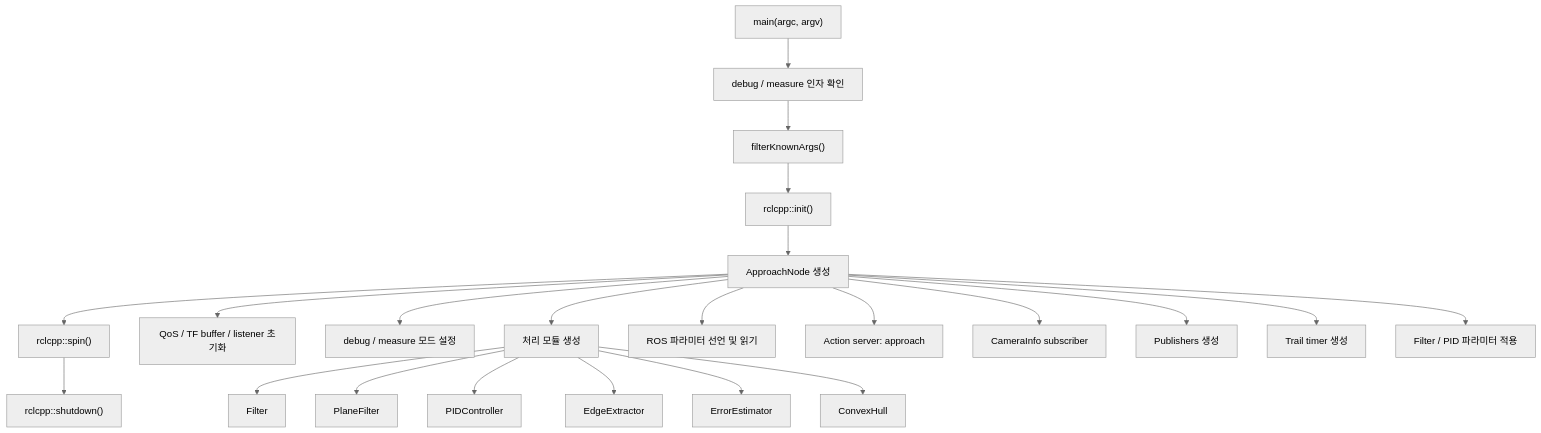
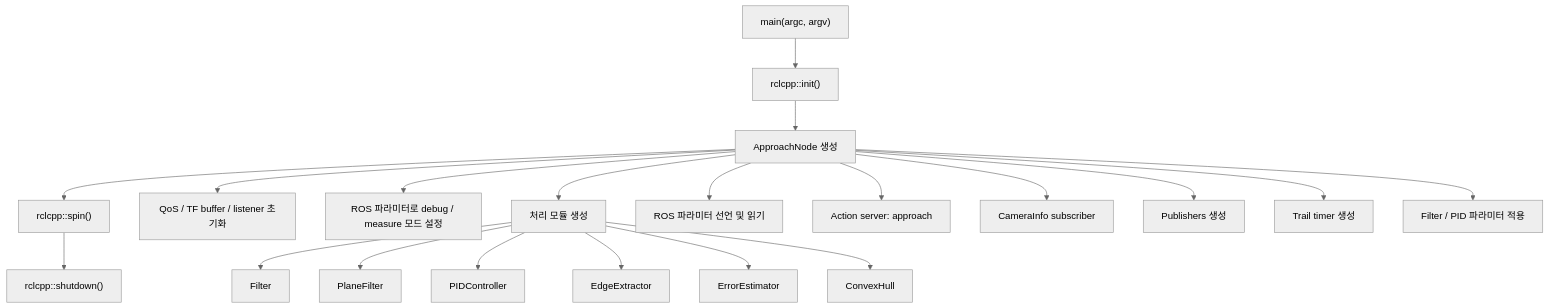
Before and after one commit to inha-united-athome/close_approach: the first of 5 diagrams in src/main_diagram.md, drawn with Mermaid (neutral theme). The commit also changed 4 other files, not shown here.

````diff
--- a/src/main_diagram.md
+++ b/src/main_diagram.md
@@ -5,26 +5,24 @@
 ```mermaid
 flowchart TD
-    A["main(argc, argv)"] --> B["debug / measure 인자 확인"]
-    B --> C["filterKnownArgs()"]
-    C --> D["rclcpp::init()"]
+    A["main(argc, argv)"] --> D["rclcpp::init()"]
     D --> E["ApproachNode 생성"]
     E --> F["rclcpp::spin()"]
     F --> G["rclcpp::shutdown()"]
 
     E --> E1["QoS / TF buffer / listener 초기화"]
-    E --> E2["debug / measure 모드 설정"]
+    E --> E2["ROS 파라미터로 debug / measure 모드 설정"]
     E --> E3["처리 모듈 생성"]
     E3 --> M1["Filter"]
     E3 --> M2["PlaneFilter"]
     E3 --> M3["PIDController"]
     E3 --> M4["EdgeExtractor"]
     E3 --> M5["ErrorEstimator"]
     E3 --> M6["ConvexHull"]
 
     E --> E4["ROS 파라미터 선언 및 읽기"]
     E --> E5["Action server: approach"]
     E --> E6["CameraInfo subscriber"]
     E --> E7["Publishers 생성"]
     E --> E8["Trail timer 생성"]
     E --> E9["Filter / PID 파라미터 적용"]
 ```
````
